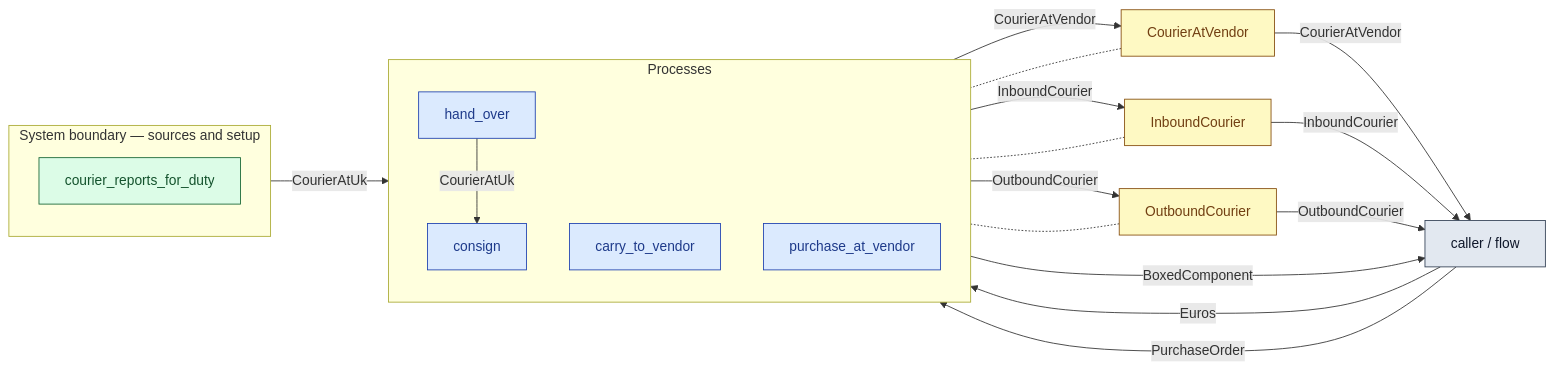
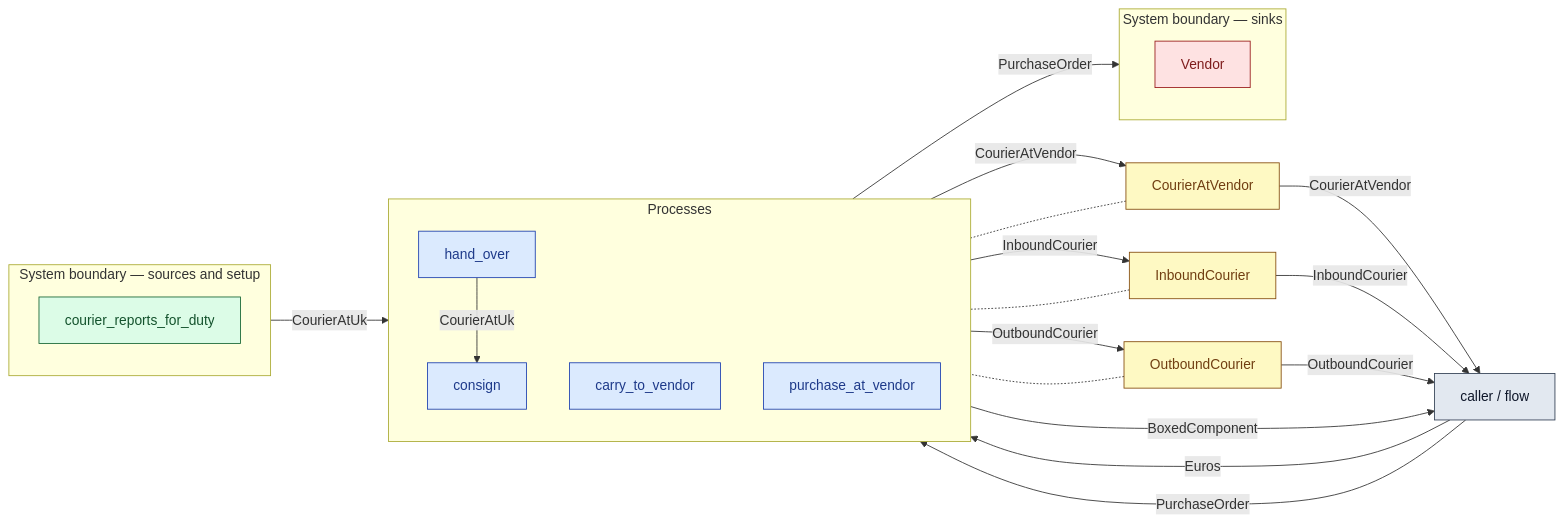
The diagram in docs/diagrams/cs5-logistics/top-level.md (twalmsley/lavoisier), drawn with Mermaid before and after one commit. The commit also changed other lines of this file and 202 other files, not shown here.

````diff
--- a/docs/diagrams/cs5-logistics/top-level.md
+++ b/docs/diagrams/cs5-logistics/top-level.md
@@ -7,49 +7,55 @@
 ```mermaid
 flowchart LR
   classDef process fill:#dbeafe,stroke:#1e40af,color:#1e3a8a;
   classDef boundary fill:#dcfce7,stroke:#166534,color:#14532d;
   classDef sink fill:#fee2e2,stroke:#991b1b,color:#7f1d1d;
   classDef helper fill:#f3e8ff,stroke:#6b21a8,color:#581c87;
   classDef grouping fill:#ffedd5,stroke:#9a3412,color:#7c2d12;
   classDef flowio fill:#e2e8f0,stroke:#334155,color:#0f172a;
   classDef resource fill:#fef9c3,stroke:#854d0e,color:#713f12;
   classDef external fill:#dcfce7,stroke:#166534,color:#14532d;
   classDef system fill:#dbeafe,stroke:#1e40af,color:#1e3a8a;
   subgraph sg_sources["System boundary — sources and setup"]
     direction TB
     n_courier_reports_for_duty["courier_reports_for_duty"]:::boundary
   end
   subgraph sg_system["Processes"]
     direction TB
     n_consign["consign"]:::process
     n_carry_to_vendor["carry_to_vendor"]:::process
     n_purchase_at_vendor["purchase_at_vendor"]:::process
     n_hand_over["hand_over"]:::process
   end
+  subgraph sg_sinks["System boundary — sinks"]
+    direction TB
+    n_Vendor["Vendor"]:::sink
+  end
   n_caller["caller / flow"]:::flowio
   n_CourierAtVendor["CourierAtVendor"]:::resource
   n_InboundCourier["InboundCourier"]:::resource
   n_OutboundCourier["OutboundCourier"]:::resource
   n_hand_over -- "BoxedComponent" --> n_caller
   n_hand_over -- "CourierAtUk" --> n_consign
   n_courier_reports_for_duty -- "CourierAtUk" --> n_consign
   n_carry_to_vendor -- "CourierAtVendor" --> n_CourierAtVendor
   n_CourierAtVendor -- "CourierAtVendor" --> n_caller
   n_caller -- "Euros" --> n_purchase_at_vendor
   n_purchase_at_vendor -- "InboundCourier" --> n_InboundCourier
   n_InboundCourier -- "InboundCourier" --> n_caller
   n_consign -- "OutboundCourier" --> n_OutboundCourier
   n_OutboundCourier -- "OutboundCourier" --> n_caller
   n_caller -- "PurchaseOrder" --> n_consign
+  n_purchase_at_vendor -- "PurchaseOrder" --> n_Vendor
   n_OutboundCourier -.- n_carry_to_vendor
   n_InboundCourier -.- n_hand_over
   n_CourierAtVendor -.- n_purchase_at_vendor
   click n_consign "https://github.com/twalmsley/lavoisier/blob/main/model/cs5-logistics/src/resources.rs#L132" "model/cs5-logistics/src/resources.rs"
   click n_carry_to_vendor "https://github.com/twalmsley/lavoisier/blob/main/model/cs5-logistics/src/resources.rs#L142" "model/cs5-logistics/src/resources.rs"
   click n_purchase_at_vendor "https://github.com/twalmsley/lavoisier/blob/main/model/cs5-logistics/src/resources.rs#L159" "model/cs5-logistics/src/resources.rs"
   click n_hand_over "https://github.com/twalmsley/lavoisier/blob/main/model/cs5-logistics/src/resources.rs#L171" "model/cs5-logistics/src/resources.rs"
   click n_courier_reports_for_duty "https://github.com/twalmsley/lavoisier/blob/main/model/cs5-logistics/src/resources.rs#L103" "model/cs5-logistics/src/resources.rs"
   click n_CourierAtVendor "https://github.com/twalmsley/lavoisier/blob/main/model/cs5-logistics/src/resources.rs#L70" "model/cs5-logistics/src/resources.rs"
   click n_InboundCourier "https://github.com/twalmsley/lavoisier/blob/main/model/cs5-logistics/src/resources.rs#L79" "model/cs5-logistics/src/resources.rs"
   click n_OutboundCourier "https://github.com/twalmsley/lavoisier/blob/main/model/cs5-logistics/src/resources.rs#L62" "model/cs5-logistics/src/resources.rs"
+  click n_Vendor "https://github.com/twalmsley/lavoisier/blob/main/model/cs5-supply/src/resources.rs#L237" "model/cs5-supply/src/resources.rs"
 ```
````
